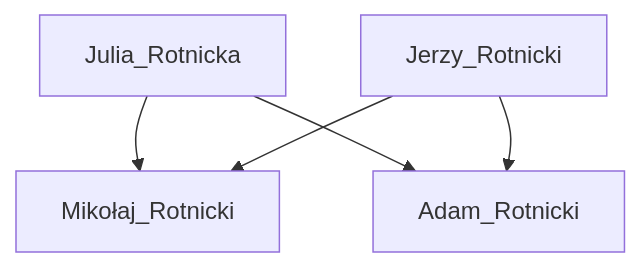
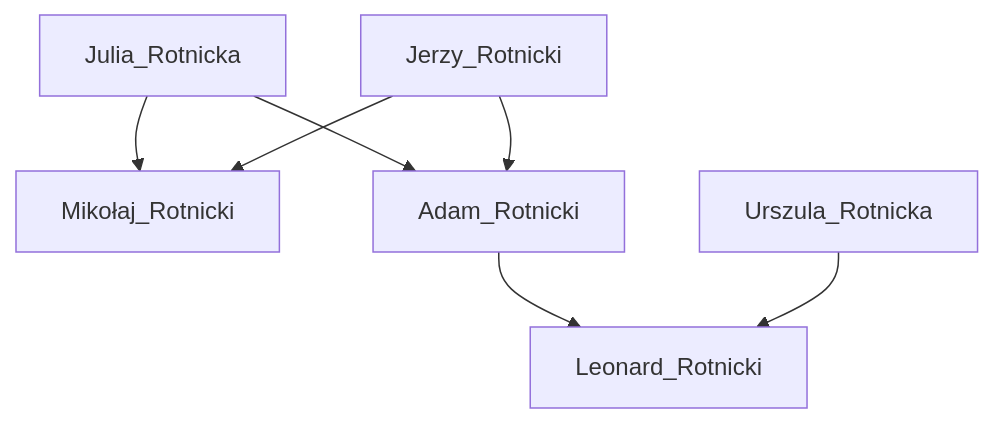
The diagram in index.md (rotnicki/Dzida), drawn with Mermaid before and after one commit.

````diff
--- a/index.md
+++ b/index.md
@@ -10,7 +10,9 @@
 ```mermaid
 graph TD;
     Julia_Rotnicka-->Mikołaj_Rotnicki;
     Jerzy_Rotnicki-->Mikołaj_Rotnicki;
     Julia_Rotnicka-->Adam_Rotnicki;
     Jerzy_Rotnicki-->Adam_Rotnicki;
+    Adam_Rotnicki-->Leonard_Rotnicki;
+    Urszula_Rotnicka-->Leonard_Rotnicki;
 ```
````
